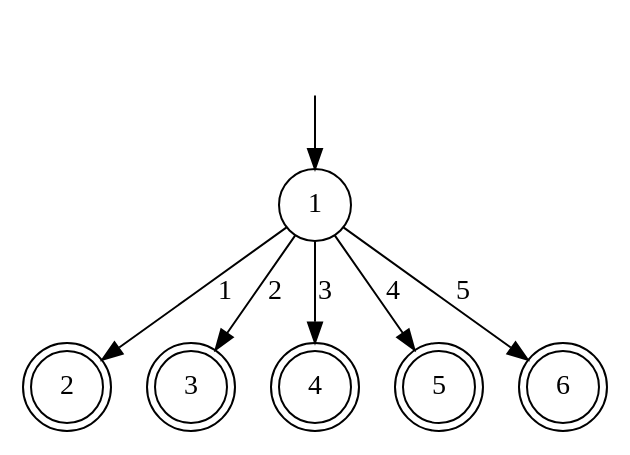
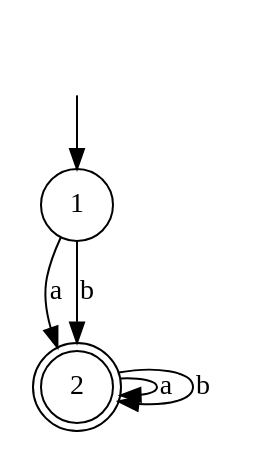
One commit to ihewro/qt-lexical-analyzer changed the diagram in dots/mindfa.dot. Above: the diagram before and after it, drawn with Graphviz. The commit also changed 12 other files, not shown here.

```diff
--- a/dots/mindfa.dot
+++ b/dots/mindfa.dot
@@ -1,16 +1,11 @@
 digraph G{
     ""[shape=none]
     "1"[shape=circle]
     "2"[shape=doublecircle]
-    "3"[shape=doublecircle]
-    "4"[shape=doublecircle]
-    "5"[shape=doublecircle]
-    "6"[shape=doublecircle]
 
     ""->"1"
-    "1" -> "2"[label="1"]
-    "1" -> "3"[label="2"]
-    "1" -> "4"[label="3"]
-    "1" -> "5"[label="4"]
-    "1" -> "6"[label="5"]
+    "1" -> "2"[label="a"]
+    "1" -> "2"[label="b"]
+    "2" -> "2"[label="a"]
+    "2" -> "2"[label="b"]
 }
```
